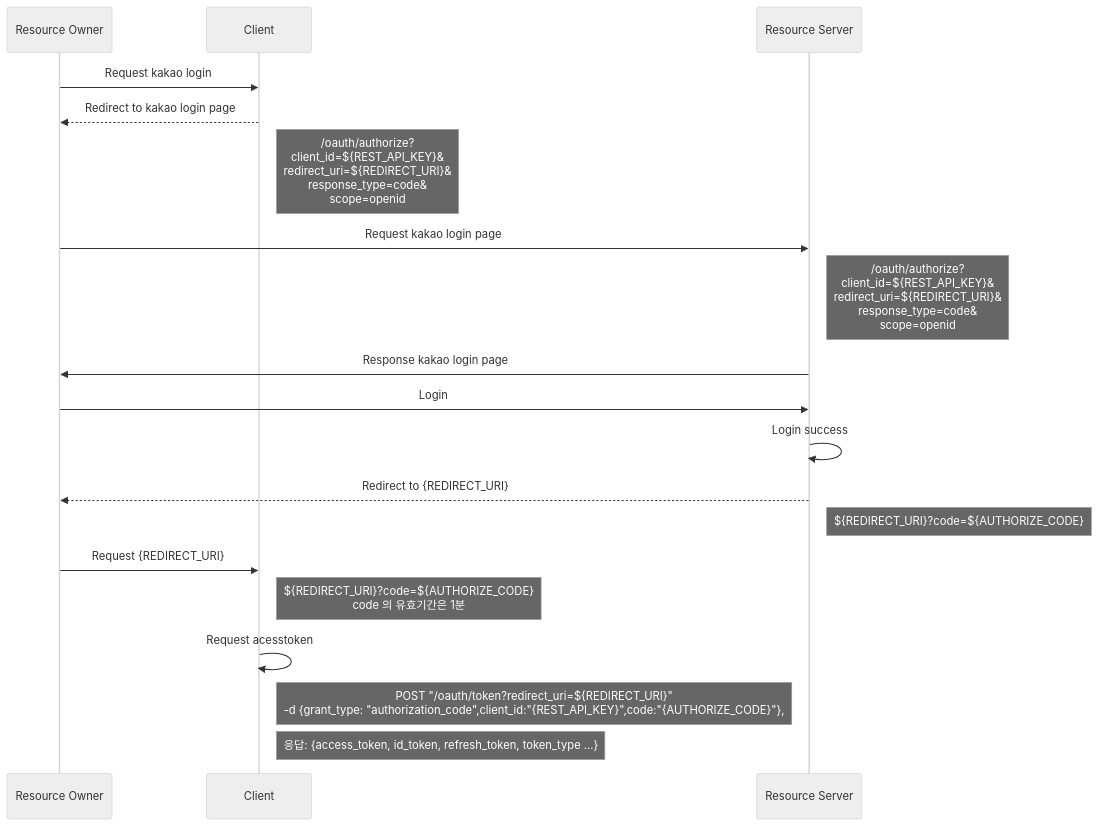
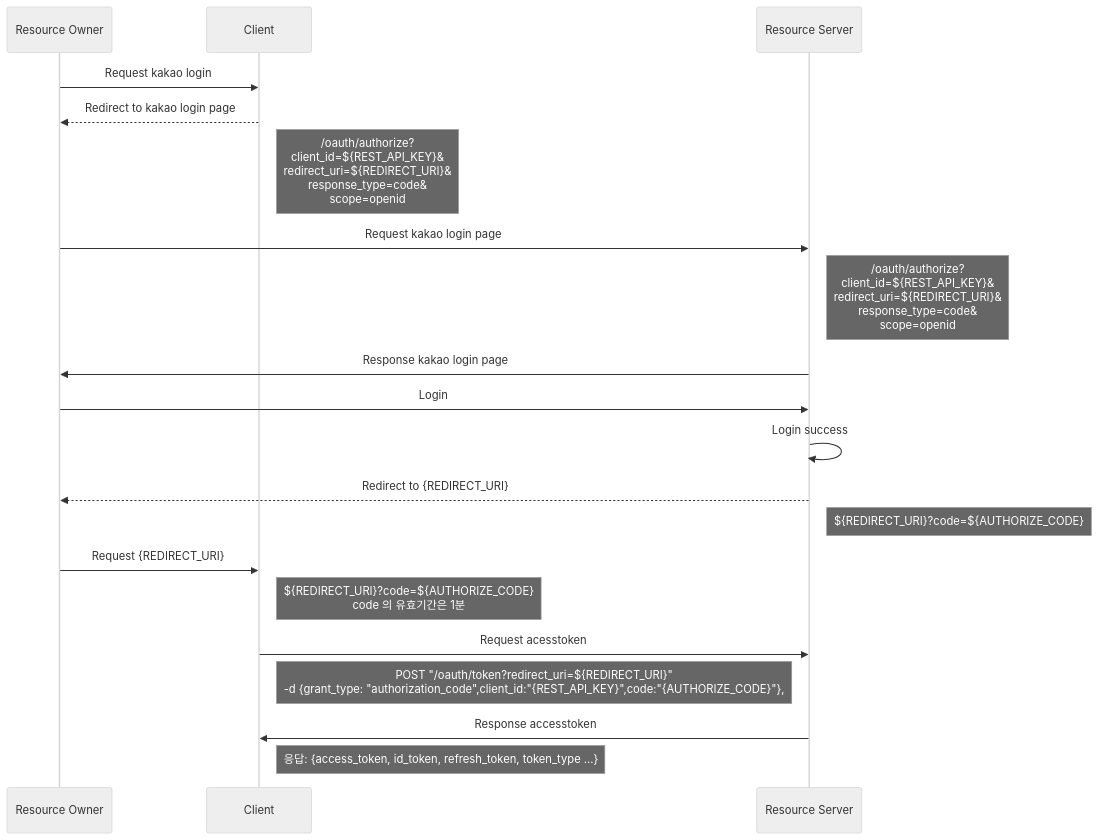
Before and after one commit to disdong123/oauth-proxy-ko: the second of 2 diagrams in readme.md, drawn with Mermaid (neutral theme). The commit also changed other lines of this file, not shown here.

Commit message:
플로우 구성

````diff
--- a/readme.md
+++ b/readme.md
@@ -19,22 +83,23 @@
 ```mermaid
 sequenceDiagram
 	participant Resource Owner
 	participant Client
 	participant Resource Server
 
 	Resource Owner ->> Client: Request kakao login
 	Client -->> Resource Owner: Redirect to kakao login page
 	note right of Client: /oauth/authorize?<br>client_id=${REST_API_KEY}&<br>redirect_uri=${REDIRECT_URI}&<br>response_type=code&<br>scope=openid
 	Resource Owner ->> Resource Server: Request kakao login page
 	note right of Resource Server: /oauth/authorize?<br>client_id=${REST_API_KEY}&<br>redirect_uri=${REDIRECT_URI}&<br>response_type=code&<br>scope=openid
 	Resource Server ->> Resource Owner: Response kakao login page
 	Resource Owner ->> Resource Server: Login
 	Resource Server ->> Resource Server: Login success
 	Resource Server -->> Resource Owner: Redirect to {REDIRECT_URI}
 	note right of Resource Server: ${REDIRECT_URI}?code=${AUTHORIZE_CODE}
 	Resource Owner ->> Client: Request {REDIRECT_URI}
 	note right of Client: ${REDIRECT_URI}?code=${AUTHORIZE_CODE}<br>code 의 유효기간은 1분
-	Client ->> Client: Request acesstoken
+	Client ->> Resource Server: Request acesstoken
 	note right of Client: POST "/oauth/token?redirect_uri=${REDIRECT_URI}" <br>-d {grant_type: "authorization_code",client_id:"{REST_API_KEY}",code:"{AUTHORIZE_CODE}"},
+	Resource Server ->> Client: Response accesstoken
 	note right of Client: 응답: {access_token, id_token, refresh_token, token_type ...}
 ```
````
